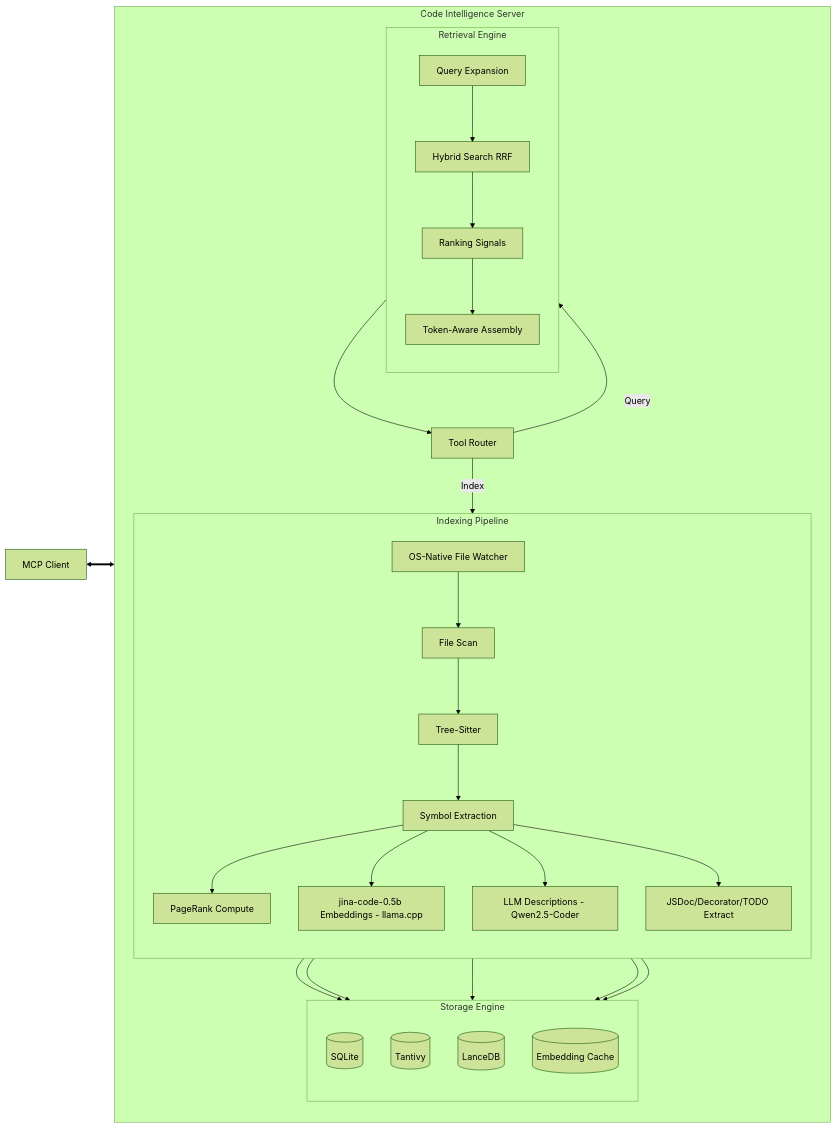
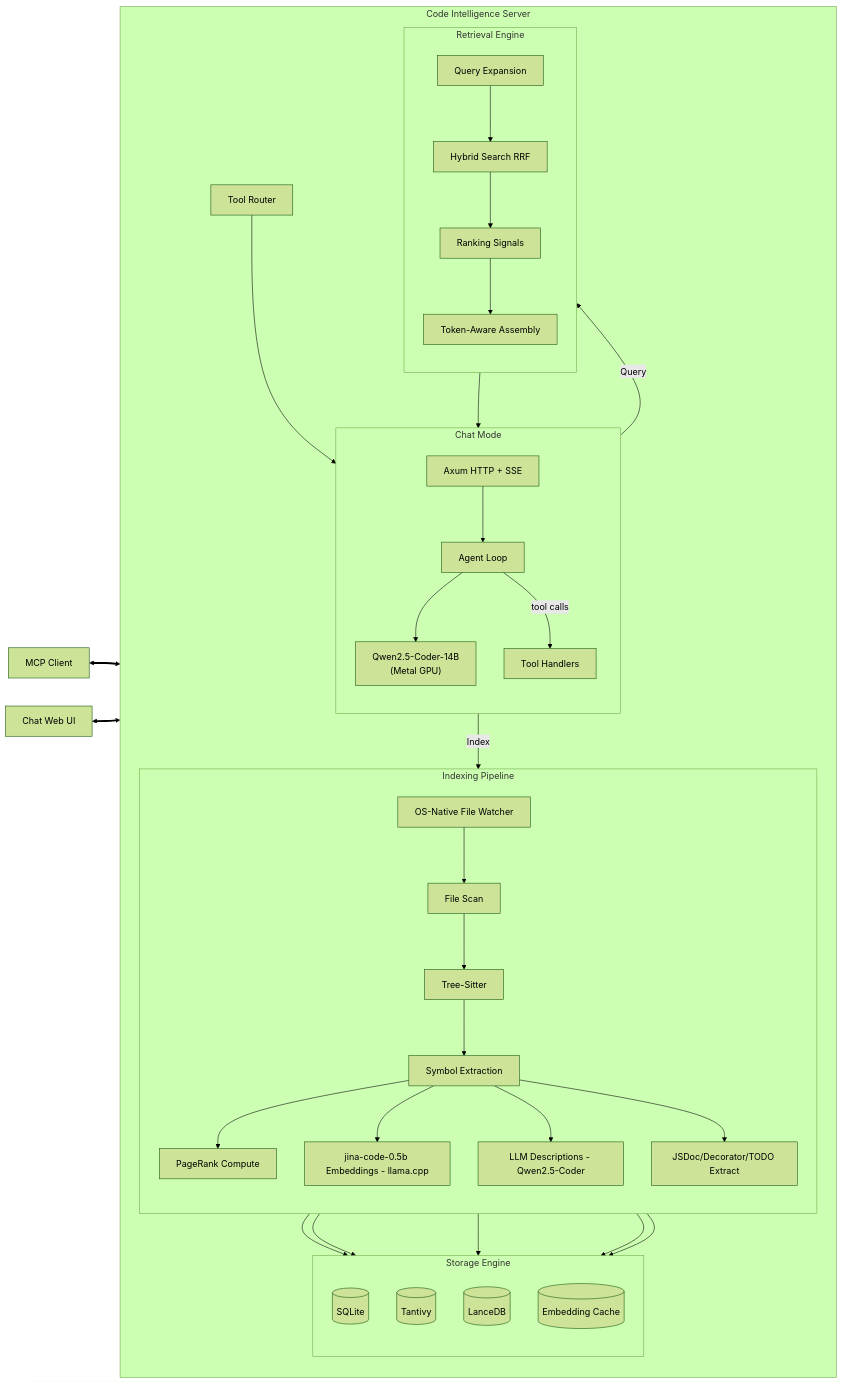
The third of 3 diagrams in README.md (iceinvein/code_intelligence_mcp_server), drawn with Mermaid (forest theme) before and after one commit. The commit also changed other lines of this file and 1 other file, not shown here.

First line of the commit message:
docs: add chat mode documentation to README and CLAUDE.md

````diff
--- a/README.md
+++ b/README.md
@@ -423,50 +574,59 @@
 ```mermaid
 flowchart LR
   Client[MCP Client] <==> Tools
+  Browser[Chat Web UI] <==> ChatServer
 
   subgraph Server [Code Intelligence Server]
     direction TB
     Tools[Tool Router]
+
+    subgraph Chat [Chat Mode]
+      direction TB
+      ChatServer[Axum HTTP + SSE] --> Agent[Agent Loop]
+      Agent --> ChatLLM["Qwen2.5-Coder-14B<br/>(Metal GPU)"]
+      Agent -- "tool calls" --> Handlers
+    end
 
     subgraph Indexer [Indexing Pipeline]
       direction TB
       Watch[OS-Native File Watcher] --> Scan[File Scan]
       Scan --> Parse[Tree-Sitter]
       Parse --> Extract[Symbol Extraction]
       Extract --> PageRank[PageRank Compute]
       Extract --> Embed[jina-code-0.5b Embeddings - llama.cpp]
       Extract --> LLMDesc[LLM Descriptions - Qwen2.5-Coder]
       Extract --> JSDoc[JSDoc/Decorator/TODO Extract]
     end
 
     subgraph Storage [Storage Engine]
       direction TB
       SQLite[(SQLite)]
       Tantivy[(Tantivy)]
       Lance[(LanceDB)]
       Cache[(Embedding Cache)]
     end
 
     subgraph Retrieval [Retrieval Engine]
       direction TB
       QueryExpand[Query Expansion]
       Hybrid[Hybrid Search RRF]
       Signals[Ranking Signals]
       Context[Token-Aware Assembly]
     end
 
-    %% Data Flow
-    Tools -- Index --> Watch
+    Handlers[Tool Handlers]
+    Tools --> Handlers
+    Handlers -- Index --> Watch
     PageRank --> SQLite
     Embed --> Lance
     Embed --> Cache
     LLMDesc --> SQLite
     JSDoc --> SQLite
 
-    Tools -- Query --> QueryExpand
+    Handlers -- Query --> QueryExpand
     QueryExpand --> Hybrid
     Hybrid --> Signals
     Signals --> Context
-    Context --> Tools
+    Context --> Handlers
   end
 ```
````
